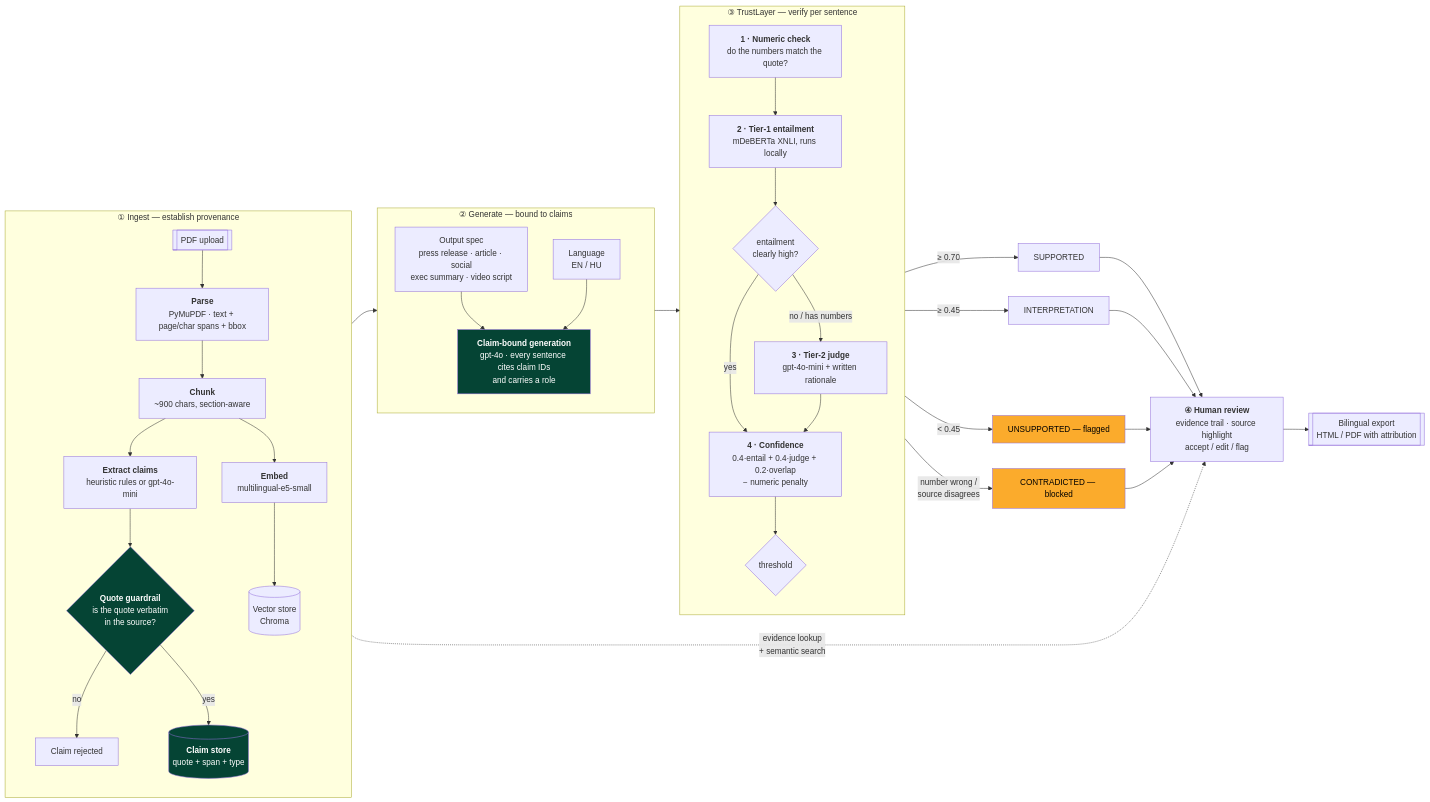
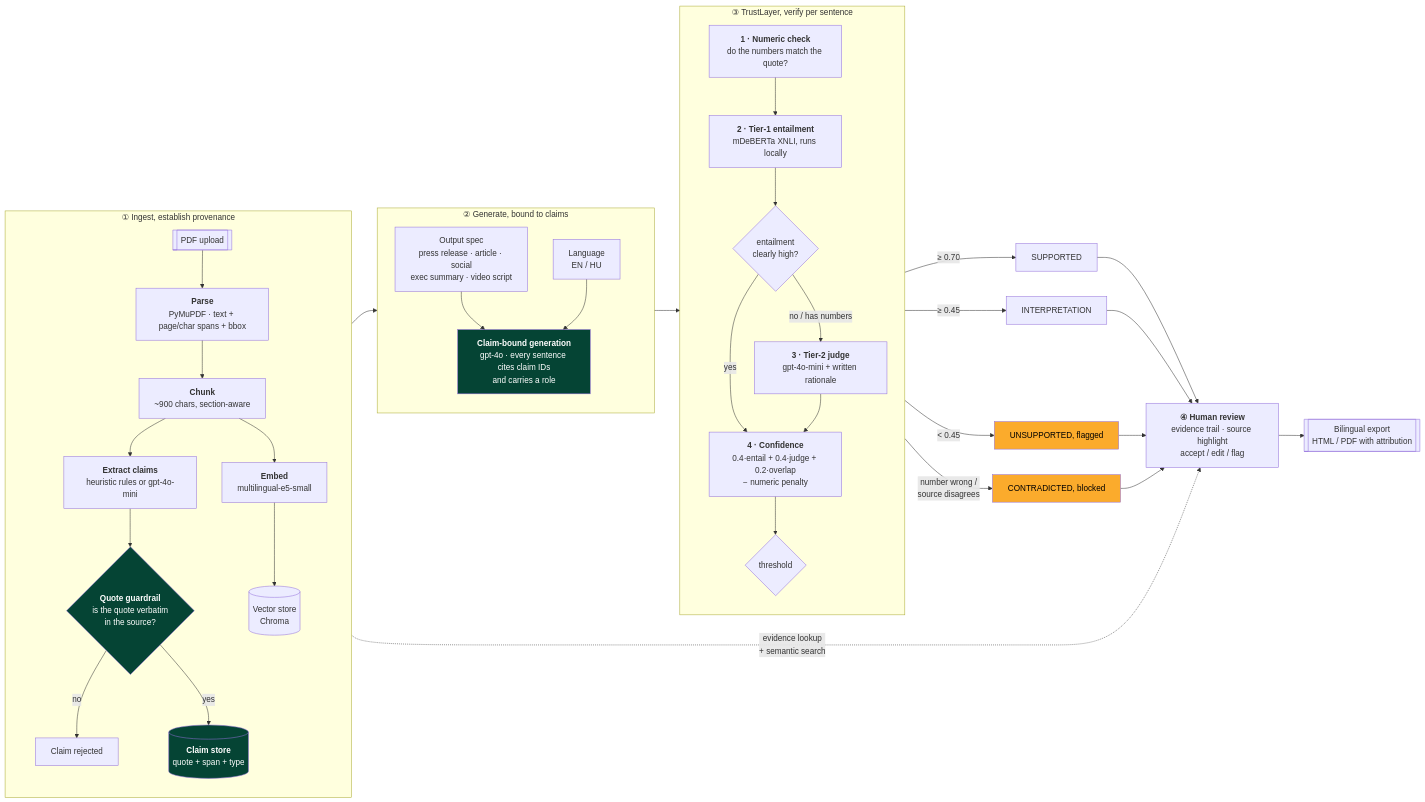
The diagram in README.md (gilbert-mutai/unipress-de), drawn with Mermaid before and after one commit. The commit also changed other lines of this file and 80 other files, not shown here.

````diff
--- a/README.md
+++ b/README.md
@@ -38,48 +38,48 @@
 ```mermaid
 flowchart LR
-    subgraph IN["① Ingest — establish provenance"]
+    subgraph IN["① Ingest, establish provenance"]
         direction TB
         PDF[["PDF upload"]] --> PARSE["<b>Parse</b><br/>PyMuPDF · text + page/char spans + bbox"]
         PARSE --> CHUNK["<b>Chunk</b><br/>~900 chars, section-aware"]
         CHUNK --> EX["<b>Extract claims</b><br/>heuristic rules or gpt-4o-mini"]
         EX --> GUARD{"<b>Quote guardrail</b><br/>is the quote verbatim<br/>in the source?"}
         GUARD -->|"no"| DROP["Claim rejected"]
         GUARD -->|"yes"| CS[("<b>Claim store</b><br/>quote + span + type")]
         CHUNK --> EMBED["<b>Embed</b><br/>multilingual-e5-small"]
         EMBED --> VS[("Vector store<br/>Chroma")]
     end
 
-    subgraph GENB["② Generate — bound to claims"]
+    subgraph GENB["② Generate, bound to claims"]
         direction TB
         SPEC["Output spec<br/>press release · article · social<br/>exec summary · video script"] --> GEN
         LANG["Language<br/>EN / HU"] --> GEN
         GEN["<b>Claim-bound generation</b><br/>gpt-4o · every sentence cites claim IDs<br/>and carries a role"]
     end
 
-    subgraph TL["③ TrustLayer — verify per sentence"]
+    subgraph TL["③ TrustLayer, verify per sentence"]
         direction TB
         NUM["<b>1 · Numeric check</b><br/>do the numbers match the quote?"] --> NLI
         NLI["<b>2 · Tier-1 entailment</b><br/>mDeBERTa XNLI, runs locally"] --> GATE{"entailment<br/>clearly high?"}
         GATE -->|"no / has numbers"| JUDGE["<b>3 · Tier-2 judge</b><br/>gpt-4o-mini + written rationale"]
         GATE -->|"yes"| SCORE
         JUDGE --> SCORE["<b>4 · Confidence</b><br/>0.4·entail + 0.4·judge + 0.2·overlap<br/>− numeric penalty"]
         SCORE --> VERDICT{"threshold"}
     end
 
     CS --> GEN
     GEN --> NUM
     VERDICT -->|"≥ 0.70"| SUP["SUPPORTED"]
     VERDICT -->|"≥ 0.45"| INT["INTERPRETATION"]
-    VERDICT -->|"< 0.45"| UNS["UNSUPPORTED — flagged"]
-    VERDICT -->|"number wrong /<br/>source disagrees"| CON["CONTRADICTED — blocked"]
+    VERDICT -->|"< 0.45"| UNS["UNSUPPORTED, flagged"]
+    VERDICT -->|"number wrong /<br/>source disagrees"| CON["CONTRADICTED, blocked"]
 
     SUP & INT & UNS & CON --> REVIEW["<b>④ Human review</b><br/>evidence trail · source highlight<br/>accept / edit / flag"]
     VS -.->|"evidence lookup<br/>+ semantic search"| REVIEW
     REVIEW --> EXPORT[["Bilingual export<br/>HTML / PDF with attribution"]]
 
     style GUARD fill:#054434,color:#fff
     style CS fill:#054434,color:#fff
     style GEN fill:#054434,color:#fff
     style UNS fill:#fbab2c,color:#000
     style CON fill:#fbab2c,color:#000
 ```
````
